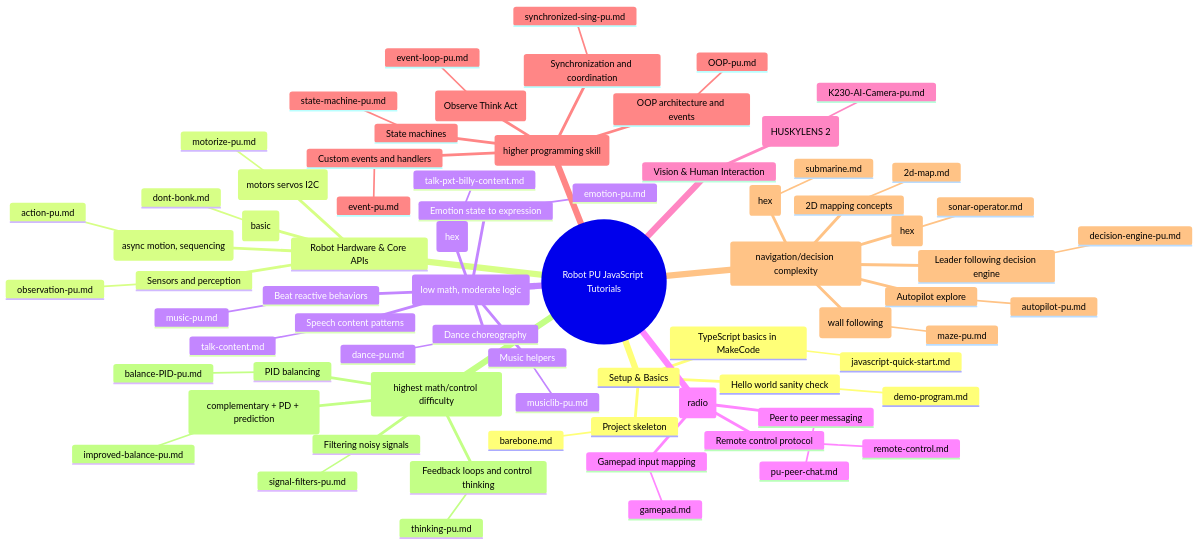
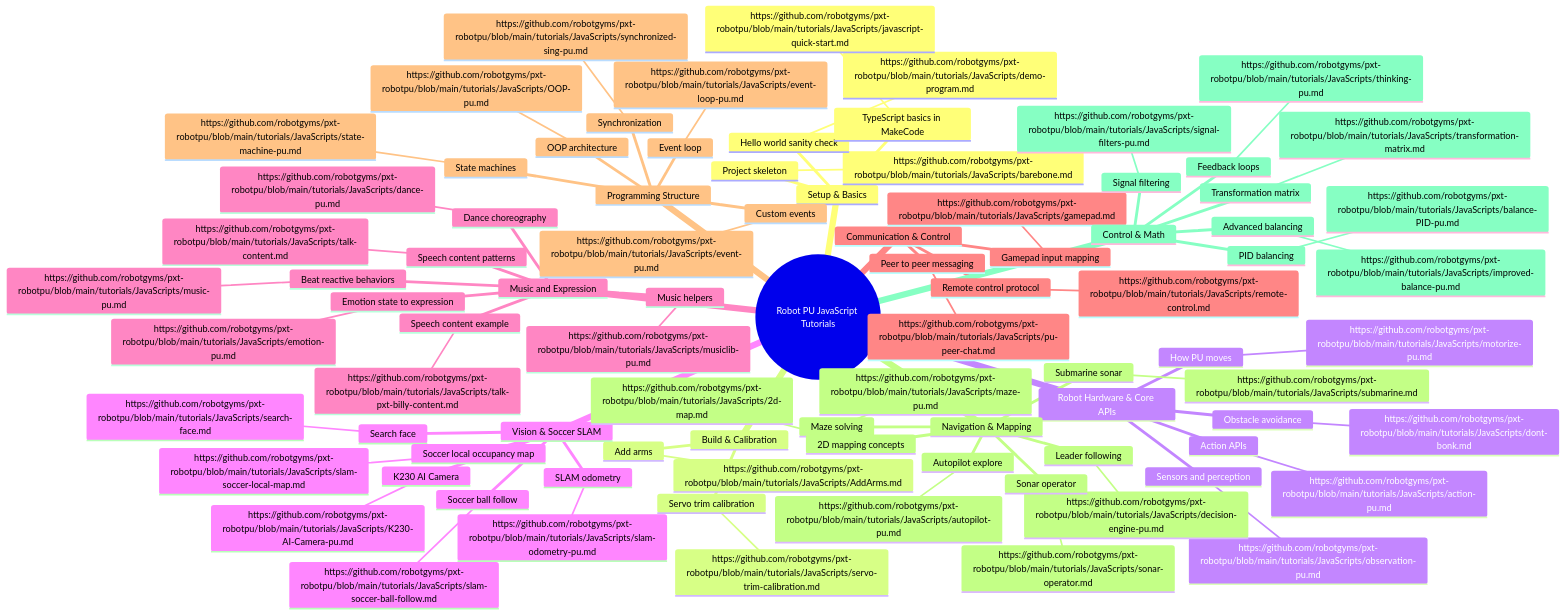
Before and after one commit to robotgyms/pxt-robotpu: the first of 2 diagrams in tutorials/JavaScripts/README.md, drawn with Mermaid. The commit also changed other lines of this file and 4 other files, not shown here.

Commit message:
added local-map tutorial

````diff
--- a/tutorials/JavaScripts/README.md
+++ b/tutorials/JavaScripts/README.md
@@ -23,74 +25,89 @@
   root((Robot PU JavaScript Tutorials))
     Setup & Basics
       Project skeleton
-        barebone.md
+        https://github.com/robotgyms/pxt-robotpu/blob/main/tutorials/JavaScripts/barebone.md
       Hello world sanity check
-        demo-program.md
+        https://github.com/robotgyms/pxt-robotpu/blob/main/tutorials/JavaScripts/demo-program.md
       TypeScript basics in MakeCode
-        javascript-quick-start.md
+        https://github.com/robotgyms/pxt-robotpu/blob/main/tutorials/JavaScripts/javascript-quick-start.md
+    Build & Calibration
+      Add arms
+        https://github.com/robotgyms/pxt-robotpu/blob/main/tutorials/JavaScripts/AddArms.md
+      Servo trim calibration
+        https://github.com/robotgyms/pxt-robotpu/blob/main/tutorials/JavaScripts/servo-trim-calibration.md
     Robot Hardware & Core APIs
-      How PU moves (motors servos I2C)
-        motorize-pu.md
-      Action APIs (async motion, sequencing)
-        action-pu.md
+      How PU moves
+        https://github.com/robotgyms/pxt-robotpu/blob/main/tutorials/JavaScripts/motorize-pu.md
+      Action APIs
+        https://github.com/robotgyms/pxt-robotpu/blob/main/tutorials/JavaScripts/action-pu.md
       Sensors and perception
-        observation-pu.md
-      Obstacle avoidance (basic)
-        dont-bonk.md
-    Music and Expression (low math, moderate logic)
+        https://github.com/robotgyms/pxt-robotpu/blob/main/tutorials/JavaScripts/observation-pu.md
+      Obstacle avoidance
+        https://github.com/robotgyms/pxt-robotpu/blob/main/tutorials/JavaScripts/dont-bonk.md
+    Vision & Soccer SLAM
+      K230 AI Camera
+        https://github.com/robotgyms/pxt-robotpu/blob/main/tutorials/JavaScripts/K230-AI-Camera-pu.md
+      Search face
+        https://github.com/robotgyms/pxt-robotpu/blob/main/tutorials/JavaScripts/search-face.md
+      SLAM odometry
+        https://github.com/robotgyms/pxt-robotpu/blob/main/tutorials/JavaScripts/slam-odometry-pu.md
+      Soccer ball follow
+        https://github.com/robotgyms/pxt-robotpu/blob/main/tutorials/JavaScripts/slam-soccer-ball-follow.md
+      Soccer local occupancy map
+        https://github.com/robotgyms/pxt-robotpu/blob/main/tutorials/JavaScripts/slam-soccer-local-map.md
+    Music and Expression
       Beat reactive behaviors
-        music-pu.md
+        https://github.com/robotgyms/pxt-robotpu/blob/main/tutorials/JavaScripts/music-pu.md
       Music helpers
-        musiclib-pu.md
+        https://github.com/robotgyms/pxt-robotpu/blob/main/tutorials/JavaScripts/musiclib-pu.md
       Dance choreography
-        dance-pu.md
+        https://github.com/robotgyms/pxt-robotpu/blob/main/tutorials/JavaScripts/dance-pu.md
       Emotion state to expression
-        emotion-pu.md
+        https://github.com/robotgyms/pxt-robotpu/blob/main/tutorials/JavaScripts/emotion-pu.md
       Speech content patterns
-        talk-content.md
-      Speech content example (hex)
-        talk-pxt-billy-content.md
-    Communication & Control (radio)
+        https://github.com/robotgyms/pxt-robotpu/blob/main/tutorials/JavaScripts/talk-content.md
+      Speech content example
+        https://github.com/robotgyms/pxt-robotpu/blob/main/tutorials/JavaScripts/talk-pxt-billy-content.md
+    Communication & Control
       Remote control protocol
-        remote-control.md
+        https://github.com/robotgyms/pxt-robotpu/blob/main/tutorials/JavaScripts/remote-control.md
       Gamepad input mapping
-        gamepad.md
+        https://github.com/robotgyms/pxt-robotpu/blob/main/tutorials/JavaScripts/gamepad.md
       Peer to peer messaging
-        pu-peer-chat.md
-    Vision & Human Interaction
-      K230 AI Camera (HUSKYLENS 2)
-        K230-AI-Camera-pu.md
-    Programming Structure (higher programming skill)
-      Event loop (Observe Think Act)
-        event-loop-pu.md
-      Custom events and handlers
-        event-pu.md
+        https://github.com/robotgyms/pxt-robotpu/blob/main/tutorials/JavaScripts/pu-peer-chat.md
+    Programming Structure
+      Event loop
+        https://github.com/robotgyms/pxt-robotpu/blob/main/tutorials/JavaScripts/event-loop-pu.md
+      Custom events
+        https://github.com/robotgyms/pxt-robotpu/blob/main/tutorials/JavaScripts/event-pu.md
       State machines
-        state-machine-pu.md
-      OOP architecture and events
-        OOP-pu.md
-      Synchronization and coordination
-        synchronized-sing-pu.md
-    Algorithms (navigation/decision complexity)
-      Maze solving (wall following)
-        maze-pu.md
+        https://github.com/robotgyms/pxt-robotpu/blob/main/tutorials/JavaScripts/state-machine-pu.md
+      OOP architecture
+        https://github.com/robotgyms/pxt-robotpu/blob/main/tutorials/JavaScripts/OOP-pu.md
+      Synchronization
+        https://github.com/robotgyms/pxt-robotpu/blob/main/tutorials/JavaScripts/synchronized-sing-pu.md
+    Navigation & Mapping
+      Maze solving
+        https://github.com/robotgyms/pxt-robotpu/blob/main/tutorials/JavaScripts/maze-pu.md
       Autopilot explore
-        autopilot-pu.md
-      Leader following decision engine
-        decision-engine-pu.md
-      Operator style sonar project (hex)
-        sonar-operator.md
-      Full project submarine sonar (hex)
-        submarine.md
+        https://github.com/robotgyms/pxt-robotpu/blob/main/tutorials/JavaScripts/autopilot-pu.md
+      Leader following
+        https://github.com/robotgyms/pxt-robotpu/blob/main/tutorials/JavaScripts/decision-engine-pu.md
+      Sonar operator
+        https://github.com/robotgyms/pxt-robotpu/blob/main/tutorials/JavaScripts/sonar-operator.md
+      Submarine sonar
+        https://github.com/robotgyms/pxt-robotpu/blob/main/tutorials/JavaScripts/submarine.md
       2D mapping concepts
-        2d-map.md
-    Control & Math (highest math/control difficulty)
-      Feedback loops and control thinking
-        thinking-pu.md
-      Filtering noisy signals
-        signal-filters-pu.md
+        https://github.com/robotgyms/pxt-robotpu/blob/main/tutorials/JavaScripts/2d-map.md
+    Control & Math
+      Transformation matrix
+        https://github.com/robotgyms/pxt-robotpu/blob/main/tutorials/JavaScripts/transformation-matrix.md
+      Feedback loops
+        https://github.com/robotgyms/pxt-robotpu/blob/main/tutorials/JavaScripts/thinking-pu.md
+      Signal filtering
+        https://github.com/robotgyms/pxt-robotpu/blob/main/tutorials/JavaScripts/signal-filters-pu.md
       PID balancing
-        balance-PID-pu.md
-      Advanced balance (complementary + PD + prediction)
-        improved-balance-pu.md
+        https://github.com/robotgyms/pxt-robotpu/blob/main/tutorials/JavaScripts/balance-PID-pu.md
+      Advanced balancing
+        https://github.com/robotgyms/pxt-robotpu/blob/main/tutorials/JavaScripts/improved-balance-pu.md
 ```
````
